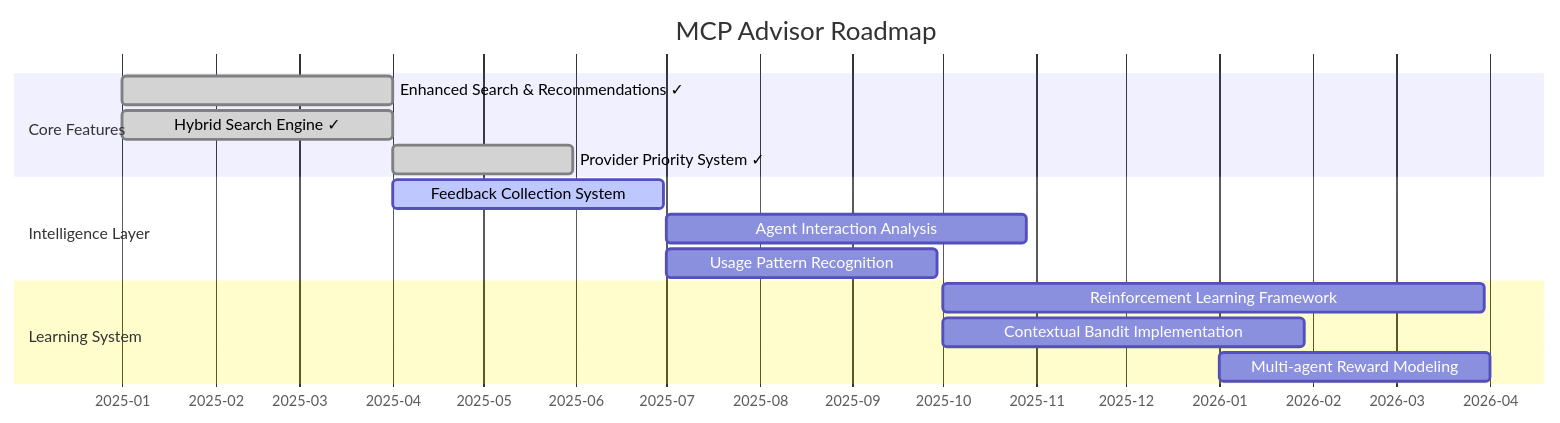
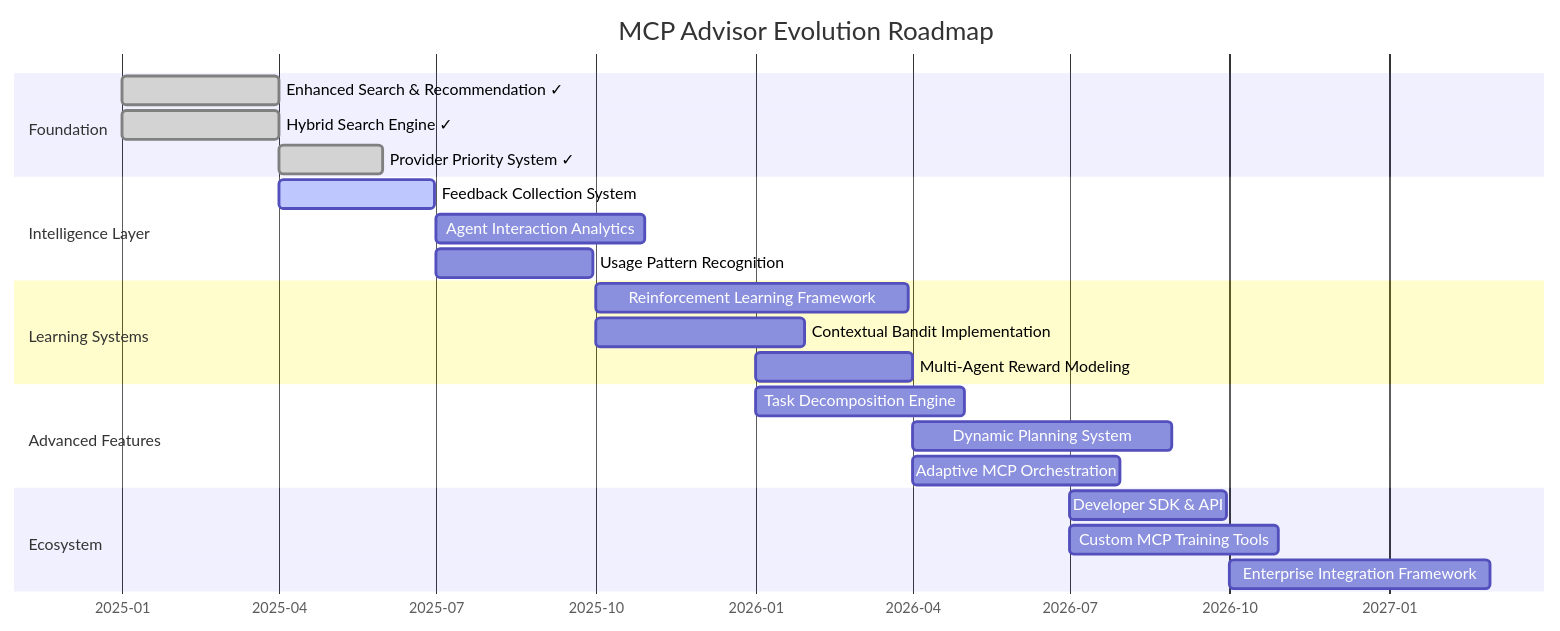
The second of 2 diagrams in README.md (OI-OS/OI-mcpadvisor), drawn with Mermaid before and after one commit. The commit also changed other lines of this file and 1 other file, not shown here.

Commit message:
docs: Add RoadMcp

````diff
--- a/README.md
+++ b/README.md
@@ -285,21 +287,31 @@
 ```mermaid
 gantt
-    title MCP Advisor Roadmap
+    title MCP Advisor Evolution Roadmap
     dateFormat  YYYY-MM-DD
     axisFormat  %Y-%m
     
-    section Core Features
-    Enhanced Search & Recommendations ✓       :done, 2025-01-01, 90d
+    section Foundation
+    Enhanced Search & Recommendation ✓       :done, 2025-01-01, 90d
     Hybrid Search Engine ✓                   :done, 2025-01-01, 90d
     Provider Priority System ✓               :done, 2025-04-01, 60d
     
     section Intelligence Layer
     Feedback Collection System               :active, 2025-04-01, 90d
-    Agent Interaction Analysis             :2025-07-01, 120d
+    Agent Interaction Analytics             :2025-07-01, 120d
     Usage Pattern Recognition               :2025-07-01, 90d
     
-    section Learning System
+    section Learning Systems
     Reinforcement Learning Framework         :2025-10-01, 180d
     Contextual Bandit Implementation         :2025-10-01, 120d
-    Multi-agent Reward Modeling             :2026-01-01, 90d
+    Multi-Agent Reward Modeling             :2026-01-01, 90d
+    
+    section Advanced Features
+    Task Decomposition Engine               :2026-01-01, 120d
+    Dynamic Planning System                 :2026-04-01, 150d
+    Adaptive MCP Orchestration              :2026-04-01, 120d
+    
+    section Ecosystem
+    Developer SDK & API                     :2026-07-01, 90d
+    Custom MCP Training Tools               :2026-07-01, 120d
+    Enterprise Integration Framework        :2026-10-01, 150d
 ```
````
